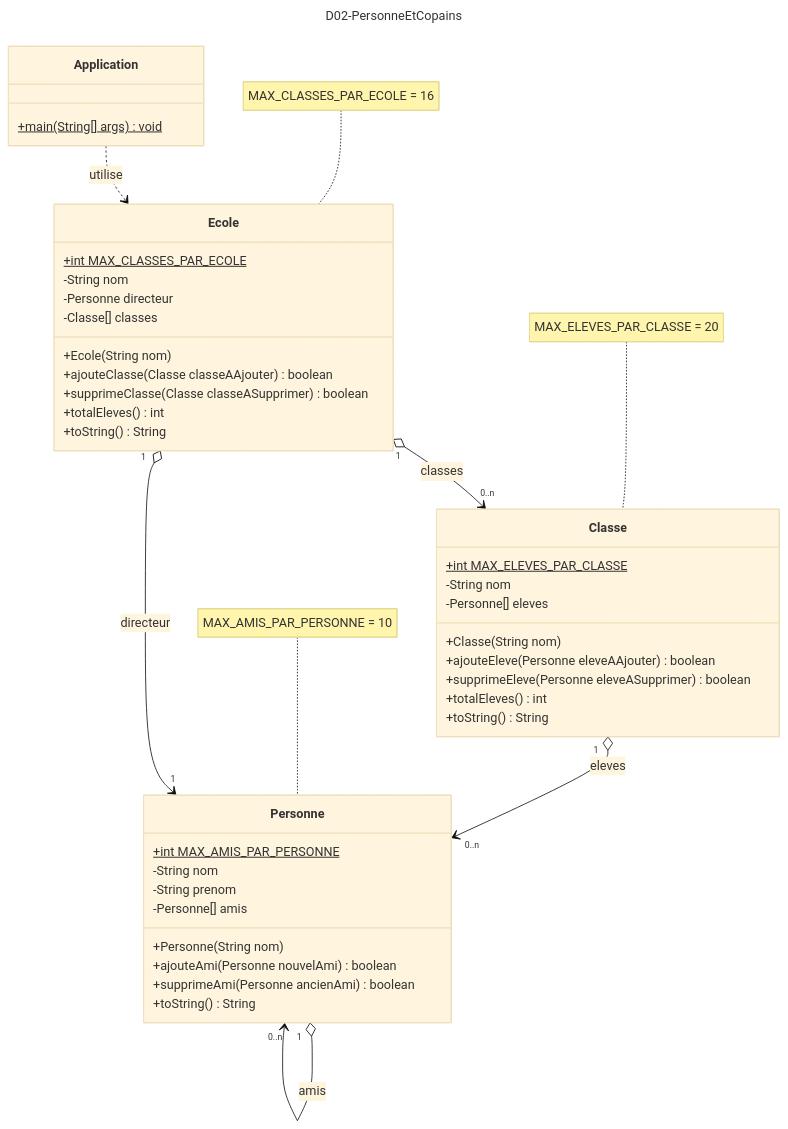
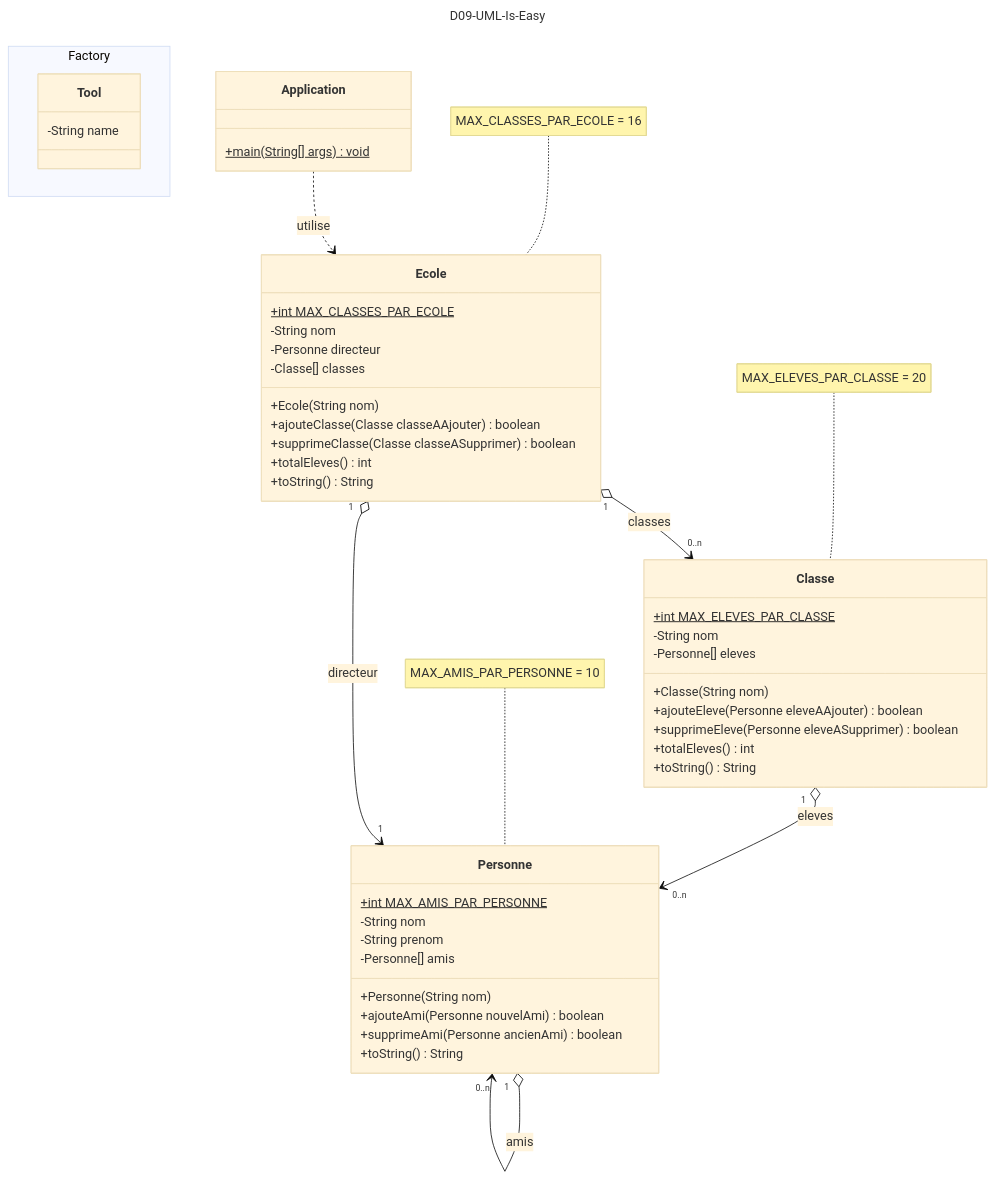
Before and after one commit to emf-info-d400/D09-UML-Is-Easy: the diagram in README.md, drawn with Mermaid (base theme).

Commit message:
Correction UML

````diff
--- a/README.md
+++ b/README.md
@@ -16,51 +16,59 @@
 ```mermaid
 ---
-title: D02-PersonneEtCopains
+title: D09-UML-Is-Easy
 ---
+
 classDiagram
+
+namespace Factory {
+   class Tool {
+      -String name
+   }
+}
+
 class Application {
     +main(String[] args)$ void
 }
 
 class Ecole {
    +int MAX_CLASSES_PAR_ECOLE$
    -String nom
    -Personne directeur
    -Classe[] classes
    +Ecole(String nom)    
    +ajouteClasse(Classe classeAAjouter) boolean
    +supprimeClasse(Classe classeASupprimer) boolean
    +totalEleves() int
    +toString() String
 }
 
 class Classe {
    +int MAX_ELEVES_PAR_CLASSE$
    -String nom
    -Personne[] eleves
    +Classe(String nom)
    +ajouteEleve(Personne eleveAAjouter) boolean
    +supprimeEleve(Personne eleveASupprimer) boolean
    +totalEleves() int
    +toString() String
 }
 
 class Personne {
    +int MAX_AMIS_PAR_PERSONNE$
    -String nom
    -String prenom
    -Personne[] amis
    +Personne(String nom)
    +ajouteAmi(Personne nouvelAmi) boolean
    +supprimeAmi(Personne ancienAmi) boolean
    +toString() String
 }
 note for Personne "MAX_AMIS_PAR_PERSONNE = 10"
 note for Classe "MAX_ELEVES_PAR_CLASSE = 20"
 note for Ecole "MAX_CLASSES_PAR_ECOLE = 16"
 Ecole "1" o--> "0..n" Classe : classes
 Ecole "1" o--> "1" Personne : directeur
 Classe "1" o--> "0..n" Personne : eleves
 Personne "1" o--> "0..n" Personne : amis
 Application ..> Ecole : utilise
 ```
````
